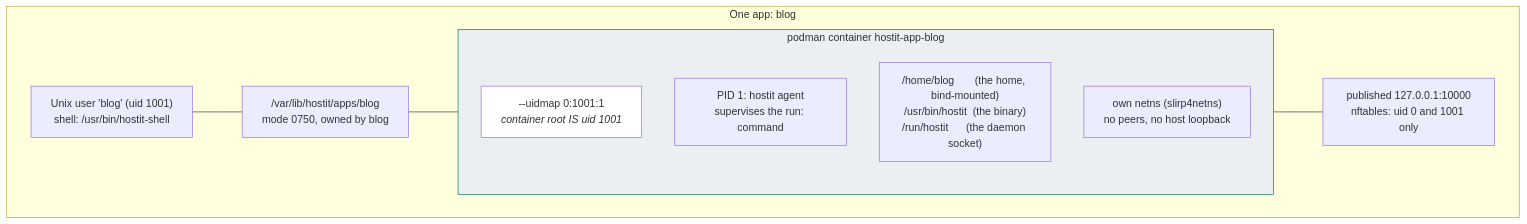
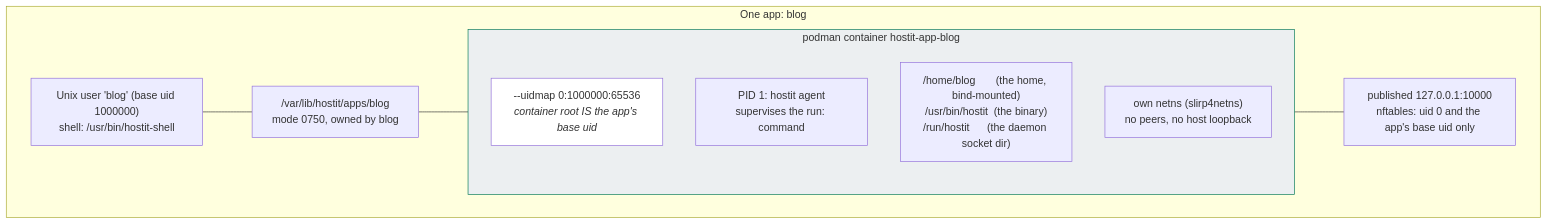
The second of 8 diagrams in ARCHITECTURE.md (binwiederhier/hostit), drawn with Mermaid before and after one commit. The commit also changed other lines of this file and 5 other files, not shown here.

First line of the commit message:
Prepare for open-source; refresh architecture doc

````diff
--- a/ARCHITECTURE.md
+++ b/ARCHITECTURE.md
@@ -58,24 +58,24 @@
 ```mermaid
 flowchart TB
     subgraph one["One app: blog"]
-        user["Unix user 'blog' (uid 1001)<br/>shell: /usr/bin/hostit-shell"]
+        user["Unix user 'blog' (base uid 1000000)<br/>shell: /usr/bin/hostit-shell"]
         home["/var/lib/hostit/apps/blog<br/>mode 0750, owned by blog"]
 
         subgraph container["podman container hostit-app-blog"]
             direction TB
-            idmap["--uidmap 0:1001:1<br/><i>container root IS uid 1001</i>"]
+            idmap["--uidmap 0:1000000:65536<br/><i>container root IS the app's base uid</i>"]
             pid1["PID 1: hostit agent<br/>supervises the run: command"]
-            mounts["/home/blog       (the home, bind-mounted)<br/>/usr/bin/hostit  (the binary)<br/>/run/hostit      (the daemon socket)"]
+            mounts["/home/blog       (the home, bind-mounted)<br/>/usr/bin/hostit  (the binary)<br/>/run/hostit      (the daemon socket dir)"]
             net["own netns (slirp4netns)<br/>no peers, no host loopback"]
         end
 
-        port["published 127.0.0.1:10000<br/>nftables: uid 0 and 1001 only"]
+        port["published 127.0.0.1:10000<br/>nftables: uid 0 and the app's base uid only"]
     end
 
     user --- home
     home --- container
     container --- port
 
     style container fill:#eceff1,stroke:#047857
     style idmap fill:#fff
 ```
````
